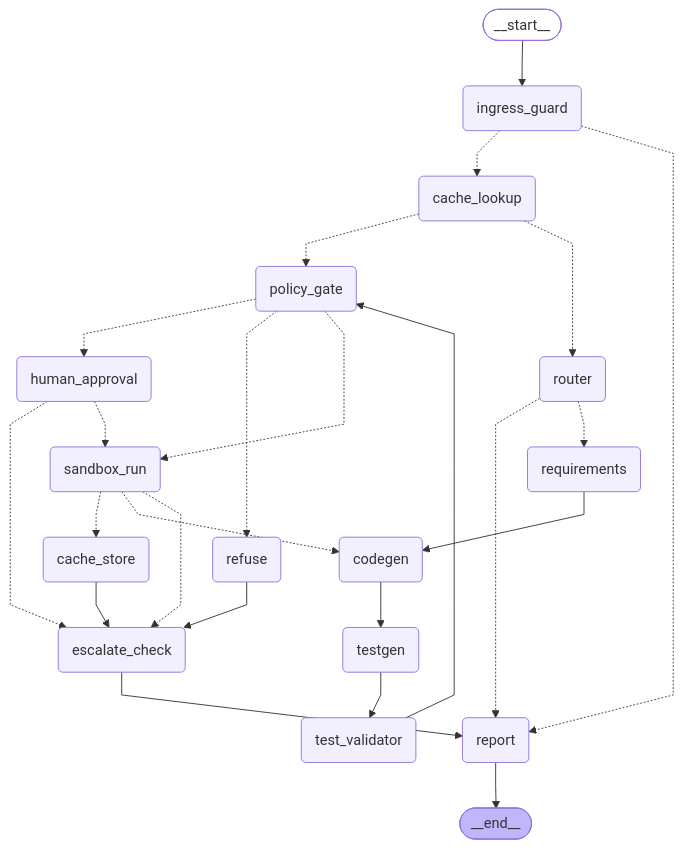
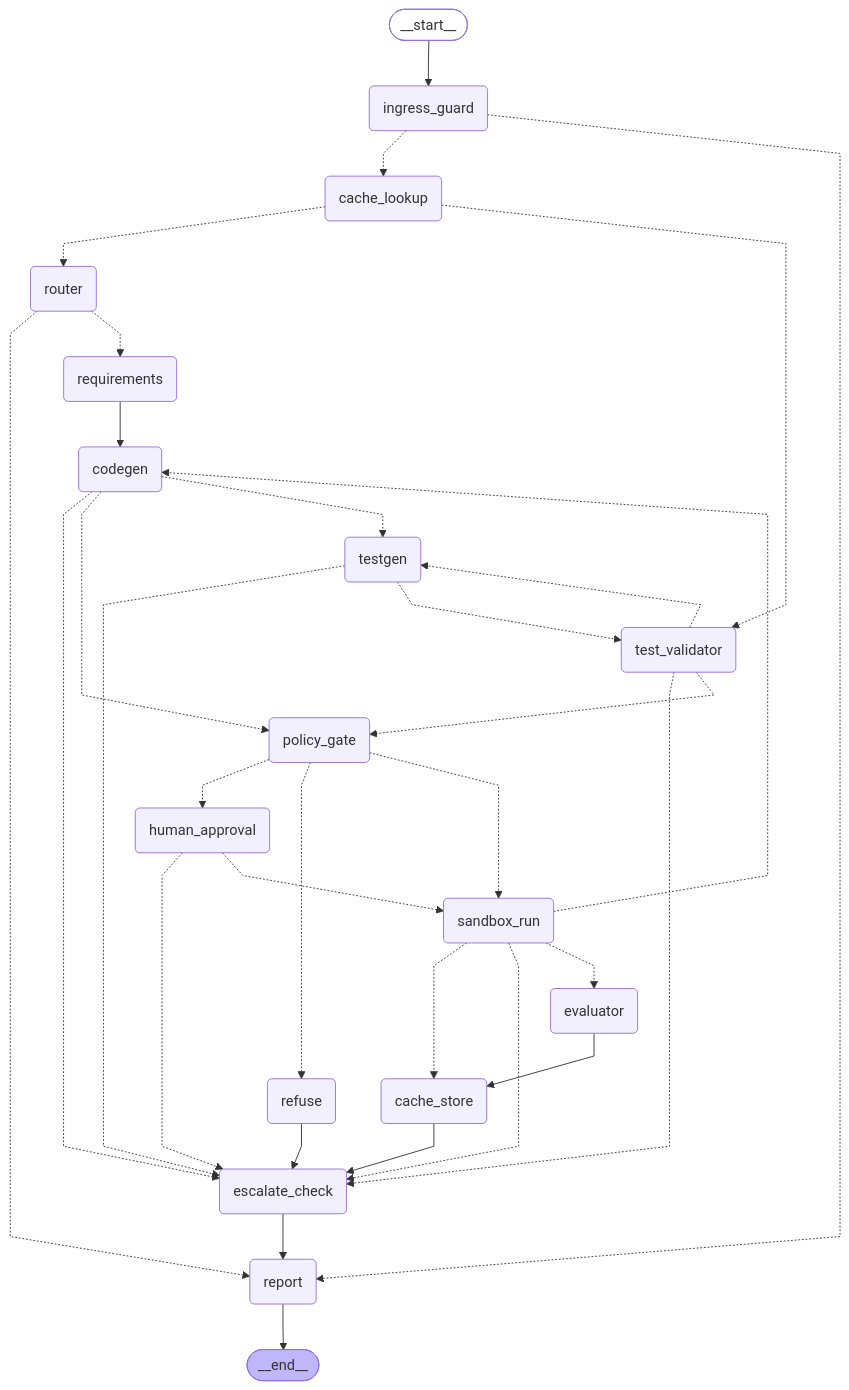
One commit to sourabhtkd/spartans changed the diagram in README.md. Above: the diagram before and after it, drawn with Mermaid. The commit also changed other lines of this file and 2 other files, not shown here.

Commit message:
docs(F20): README (regenerated flowchart, security properties, limitations), demo script + demo.py incidents 4/5, bench labels

````diff
--- a/README.md
+++ b/README.md
@@ -11,50 +11,58 @@
 ```mermaid
 ---
 config:
   flowchart:
     curve: linear
 ---
 graph TD;
 	__start__([<p>__start__</p>]):::first
 	ingress_guard(ingress_guard)
 	cache_lookup(cache_lookup)
 	router(router)
 	requirements(requirements)
 	codegen(codegen)
 	testgen(testgen)
 	test_validator(test_validator)
 	policy_gate(policy_gate)
 	refuse(refuse)
 	human_approval(human_approval)
 	sandbox_run(sandbox_run)
+	evaluator(evaluator)
 	cache_store(cache_store)
 	escalate_check(escalate_check)
 	report(report)
 	__end__([<p>__end__</p>]):::last
 	__start__ --> ingress_guard;
-	cache_lookup -.-> policy_gate;
 	cache_lookup -.-> router;
+	cache_lookup -.-> test_validator;
 	cache_store --> escalate_check;
-	codegen --> testgen;
+	codegen -.-> escalate_check;
+	codegen -.-> policy_gate;
+	codegen -.-> testgen;
 	escalate_check --> report;
+	evaluator --> cache_store;
 	human_approval -.-> escalate_check;
 	human_approval -.-> sandbox_run;
 	ingress_guard -.-> cache_lookup;
 	ingress_guard -.-> report;
 	policy_gate -.-> human_approval;
 	policy_gate -.-> refuse;
 	policy_gate -.-> sandbox_run;
 	refuse --> escalate_check;
 	requirements --> codegen;
 	router -.-> report;
 	router -.-> requirements;
 	sandbox_run -.-> cache_store;
 	sandbox_run -.-> codegen;
 	sandbox_run -.-> escalate_check;
-	test_validator --> policy_gate;
-	testgen --> test_validator;
+	sandbox_run -.-> evaluator;
+	test_validator -.-> escalate_check;
+	test_validator -.-> policy_gate;
+	test_validator -.-> testgen;
+	testgen -.-> escalate_check;
+	testgen -.-> test_validator;
 	report --> __end__;
 	classDef default fill:#f2f0ff,line-height:1.2
 	classDef first fill-opacity:0
 	classDef last fill:#bfb6fc
 ```
````
